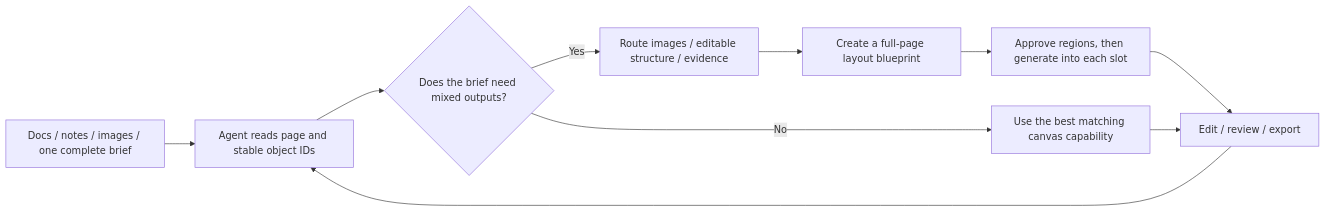
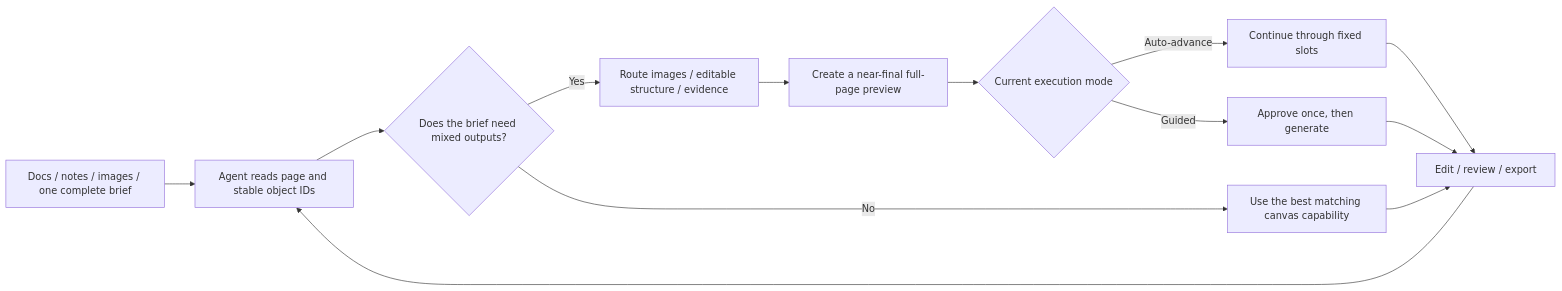
The first of 2 diagrams in README.en.md (suud003/Cowart), drawn with Mermaid before and after one commit. The commit also changed other lines of this file and 34 other files, not shown here.

Commit message:
feat(auto-compose): add full-page previews and auto advance

````diff
--- a/README.en.md
+++ b/README.en.md
@@ -42,12 +42,15 @@
 ```mermaid
 flowchart LR
   A["Docs / notes / images / one complete brief"] --> B["Agent reads page and stable object IDs"]
   B --> C{"Does the brief need mixed outputs?"}
   C -->|Yes| D["Route images / editable structure / evidence"]
-  D --> F["Create a full-page layout blueprint"]
-  F --> I["Approve regions, then generate into each slot"]
+  D --> F["Create a near-final full-page preview"]
+  F --> I{"Current execution mode"}
+  I -->|Auto-advance| J["Continue through fixed slots"]
+  I -->|Guided| K["Approve once, then generate"]
   C -->|No| G["Use the best matching canvas capability"]
-  I --> H["Edit / review / export"]
+  J --> H["Edit / review / export"]
+  K --> H
   G --> H
   H --> B
 ```
````
